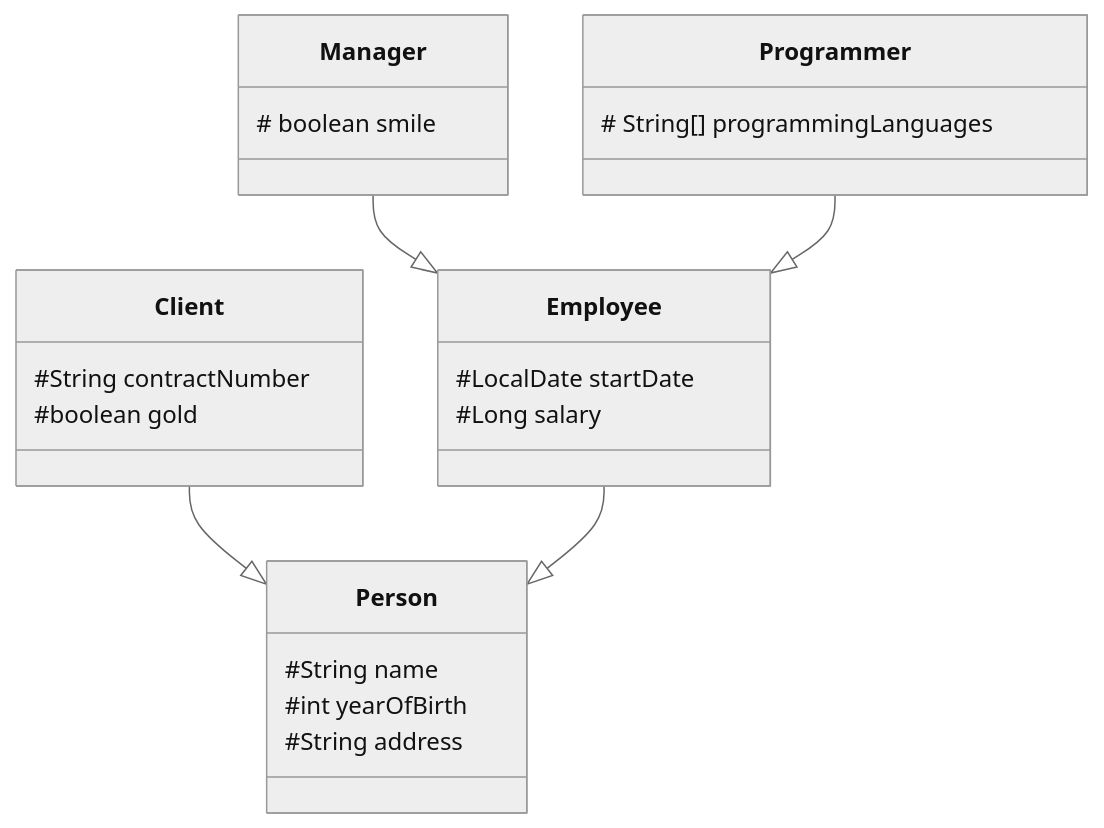
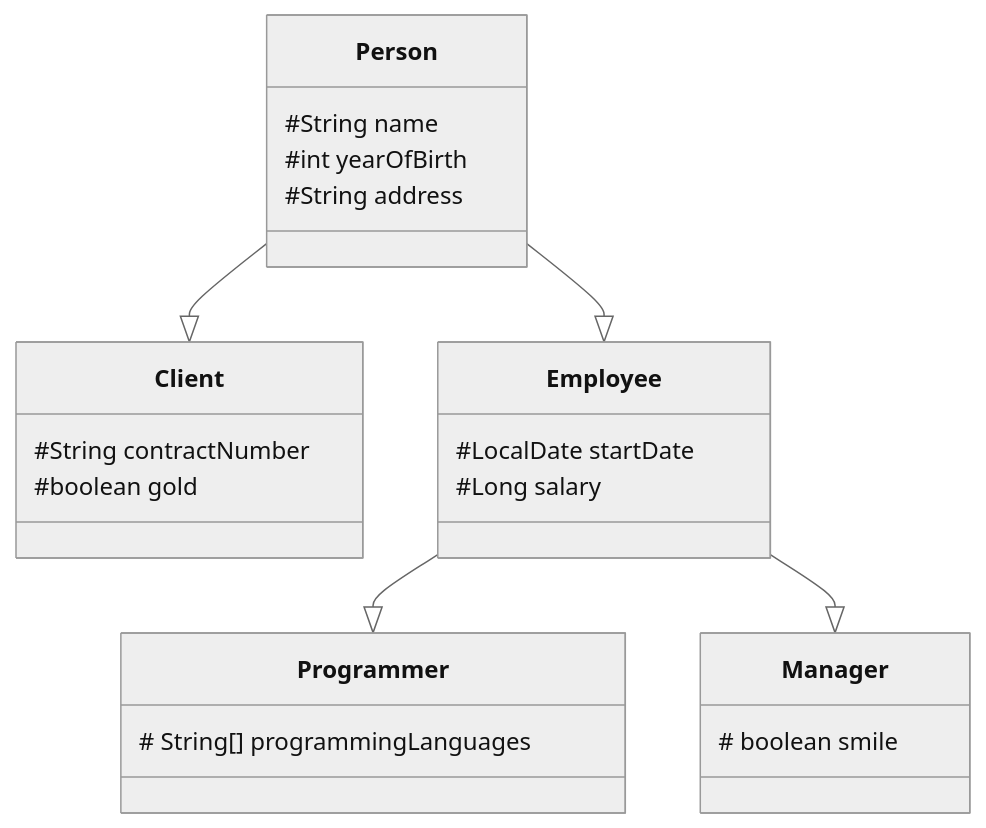
Before and after one commit to nbicocchi/learn-java-core: the diagram in slides/E3.2 - Java Classes (Inheritance).md, drawn with Mermaid (neutral theme).

Commit message:
minor change tho the mermaid diagram to make it readable from the top of the tree

````diff
--- a/slides/E3.2 - Java Classes (Inheritance).md
+++ b/slides/E3.2 - Java Classes (Inheritance).md
@@ -39,32 +39,31 @@
 ```mermaid
 classDiagram
     class Person {
         #String name
         #int yearOfBirth
         #String address
     }
 
     class Client {
         #String contractNumber
         #boolean gold
     }
 
     class Employee {
         #LocalDate startDate
         #Long salary
     }
 
     class Manager {
         # boolean smile
     }
 
     class Programmer {
         # String[] programmingLanguages
     }
 
-
-    Manager --|> Employee
-    Programmer --|> Employee
-    Client --|> Person
-    Employee --|> Person
+    Person --|> Employee
+    Person --|> Client
+    Employee --|> Programmer
+    Employee --|> Manager
 ```
````
